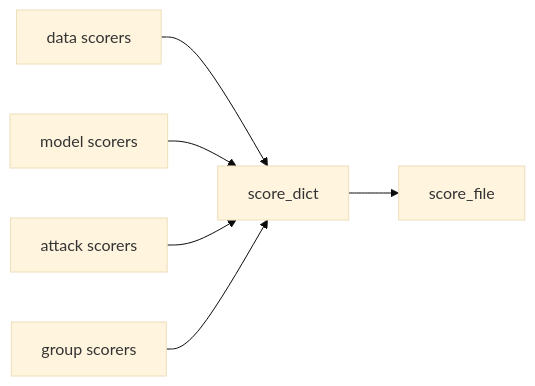
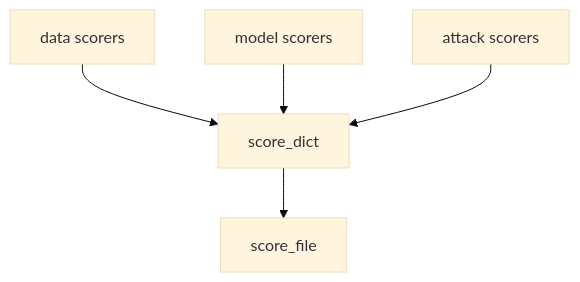
The eighth of 18 diagrams in docs/overview/flowcharts.md (simplymathematics/deckard), drawn with Mermaid (base theme) before and after one commit. The commit also changed other lines of this file and 28 other files, not shown here.

````diff
--- a/docs/overview/flowcharts.md
+++ b/docs/overview/flowcharts.md
@@ -151,8 +147,7 @@
 ```mermaid
-flowchart LR
+flowchart TD
   A[data scorers]:::scores --> D[score_dict]:::scores
   B[model scorers]:::scores --> D
   C[attack scorers]:::scores --> D
-  E[group scorers]:::scores --> D
   D --> F[score_file]:::files
 ```
````
